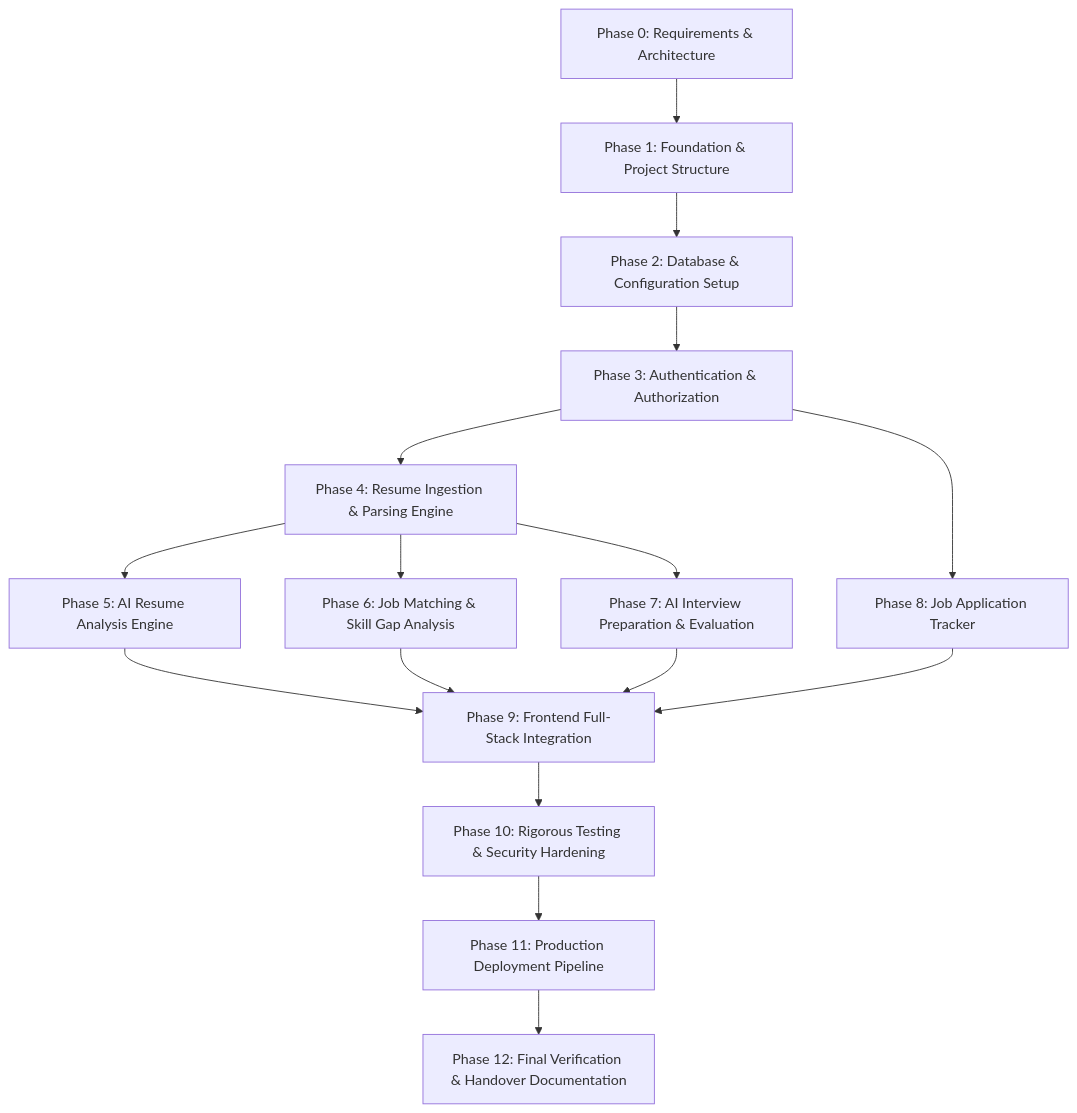
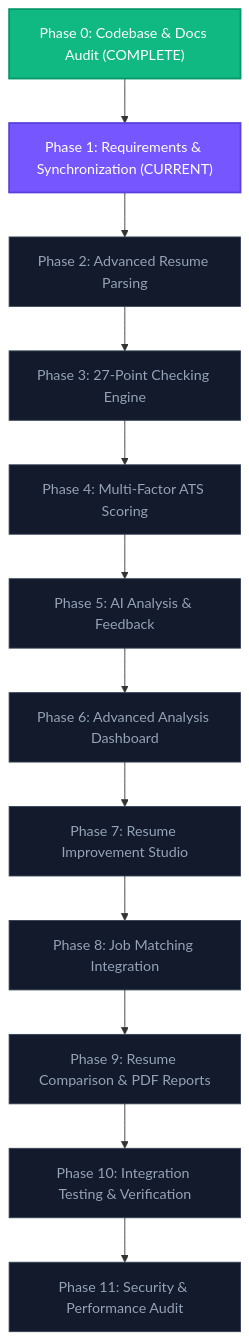
One commit to Abhishekpal9598/PrepForge-AI changed the diagram in docs/IMPLEMENTATION_ROADMAP.md. Above: the diagram before and after it, drawn with Mermaid. The commit also changed other lines of this file and 222 other files, not shown here.

Commit message:
feat(prod): complete full application implementation, hardening, tests, and deployment configuration

````diff
--- a/docs/IMPLEMENTATION_ROADMAP.md
+++ b/docs/IMPLEMENTATION_ROADMAP.md
@@ -13,20 +15,22 @@
 ```mermaid
 flowchart TD
-    P0[Phase 0: Requirements & Architecture] --> P1[Phase 1: Foundation & Project Structure]
-    P1 --> P2[Phase 2: Database & Configuration Setup]
-    P2 --> P3[Phase 3: Authentication & Authorization]
-    P3 --> P4[Phase 4: Resume Ingestion & Parsing Engine]
-    P4 --> P5[Phase 5: AI Resume Analysis Engine]
-    P4 --> P6[Phase 6: Job Matching & Skill Gap Analysis]
-    P4 --> P7[Phase 7: AI Interview Preparation & Evaluation]
-    P3 --> P8[Phase 8: Job Application Tracker]
-    
-    P5 --> P9[Phase 9: Frontend Full-Stack Integration]
-    P6 --> P9
-    P7 --> P9
-    P8 --> P9
-    
-    P9 --> P10[Phase 10: Rigorous Testing & Security Hardening]
-    P10 --> P11[Phase 11: Production Deployment Pipeline]
-    P11 --> P12[Phase 12: Final Verification & Handover Documentation]
+    P0["Phase 0: Codebase & Docs Audit (COMPLETE)"] --> P1["Phase 1: Requirements & Synchronization (CURRENT)"]
+    P1 --> P2["Phase 2: Advanced Resume Parsing"]
+    P2 --> P3["Phase 3: 27-Point Checking Engine"]
+    P3 --> P4["Phase 4: Multi-Factor ATS Scoring"]
+    P4 --> P5["Phase 5: AI Analysis & Feedback"]
+    P5 --> P6["Phase 6: Advanced Analysis Dashboard"]
+    P6 --> P7["Phase 7: Resume Improvement Studio"]
+    P7 --> P8["Phase 8: Job Matching Integration"]
+    P8 --> P9["Phase 9: Resume Comparison & PDF Reports"]
+    P9 --> P10["Phase 10: Integration Testing & Verification"]
+    P10 --> P11["Phase 11: Security & Performance Audit"]
+
+    classDef complete fill:#10B981,stroke:#059669,stroke-width:2px,color:#fff;
+    classDef current fill:#7657FF,stroke:#5A3EE0,stroke-width:2px,color:#fff;
+    classDef planned fill:#121A2B,stroke:#334155,stroke-width:1px,color:#94A3B8;
+
+    class P0 complete;
+    class P1 current;
+    class P2,P3,P4,P5,P6,P7,P8,P9,P10,P11 planned;
 ```
````
